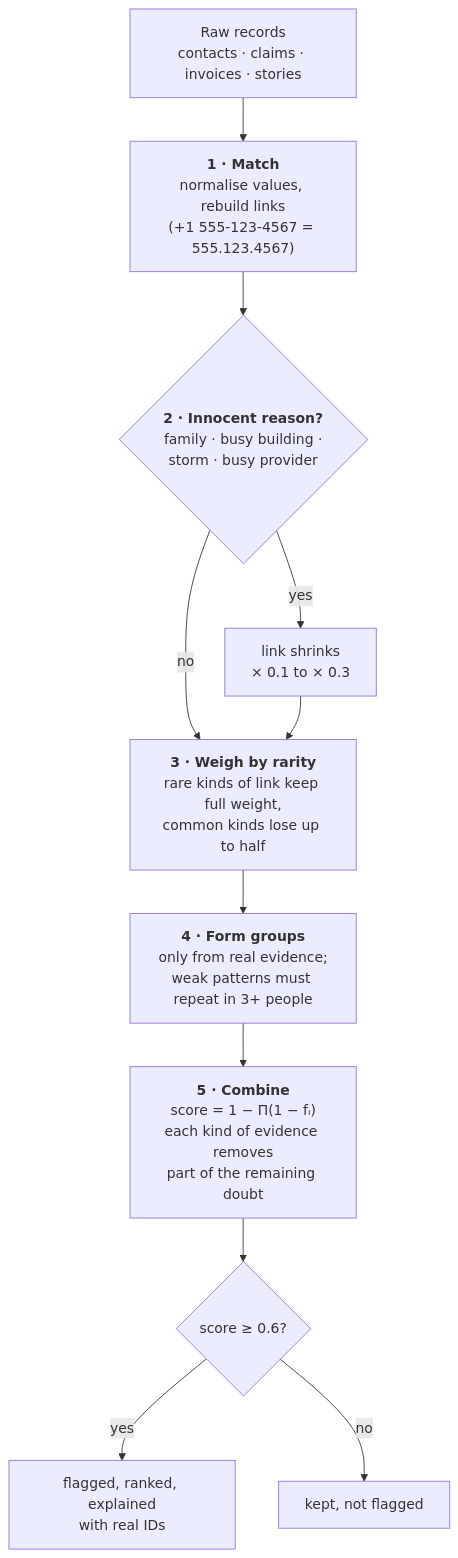
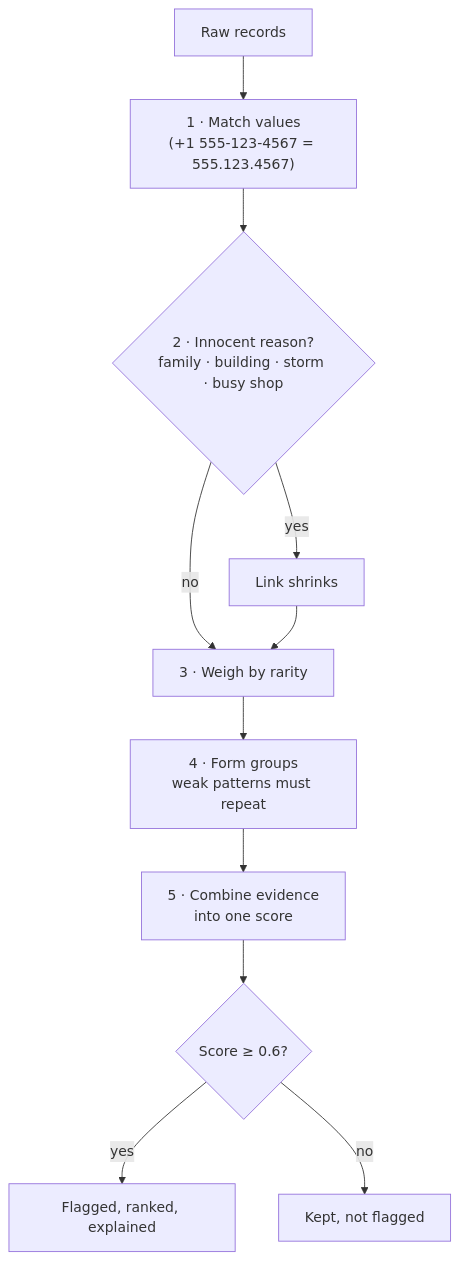
One commit to dsservant28/Insurance-fraud-network-detection changed the third of 5 diagrams in README.md. Above: the diagram before and after it, drawn with Mermaid. The commit also changed other lines of this file, not shown here.

````diff
--- a/README.md
+++ b/README.md
@@ -112,13 +121,13 @@
 ```mermaid
 flowchart TD
-    R["Raw records<br/>contacts · claims · invoices · stories"] --> M["<b>1 · Match</b><br/>normalise values, rebuild links<br/>(+1 555-123-4567 = 555.123.4567)"]
-    M --> E{"<b>2 · Innocent reason?</b><br/>family · busy building ·<br/>storm · busy provider"}
-    E -- yes --> S["link shrinks<br/>× 0.1 to × 0.3"]
-    E -- no --> W["<b>3 · Weigh by rarity</b><br/>rare kinds of link keep full weight,<br/>common kinds lose up to half"]
+    R["Raw records"] --> M["1 · Match values<br/>(+1 555-123-4567 = 555.123.4567)"]
+    M --> E{"2 · Innocent reason?<br/>family · building · storm · busy shop"}
+    E -- yes --> S["Link shrinks"]
+    E -- no --> W["3 · Weigh by rarity"]
     S --> W
-    W --> G["<b>4 · Form groups</b><br/>only from real evidence;<br/>weak patterns must repeat in 3+ people"]
-    G --> C["<b>5 · Combine</b><br/>score = 1 − Π(1 − fᵢ)<br/>each kind of evidence removes<br/>part of the remaining doubt"]
-    C --> F{"score ≥ 0.6?"}
-    F -- yes --> Q["flagged, ranked, explained<br/>with real IDs"]
-    F -- no --> N["kept, not flagged"]
+    W --> G["4 · Form groups<br/>weak patterns must repeat"]
+    G --> C["5 · Combine evidence<br/>into one score"]
+    C --> F{"Score ≥ 0.6?"}
+    F -- yes --> Q["Flagged, ranked, explained"]
+    F -- no --> N["Kept, not flagged"]
 ```
````
